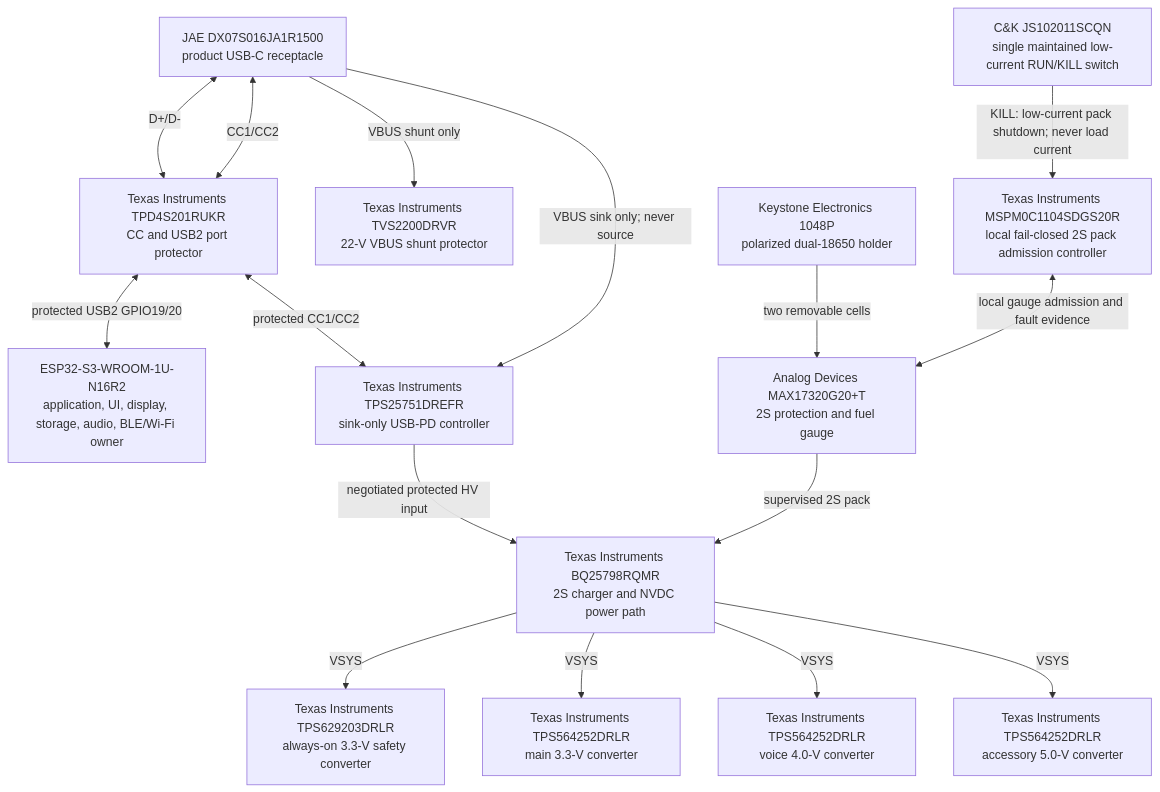
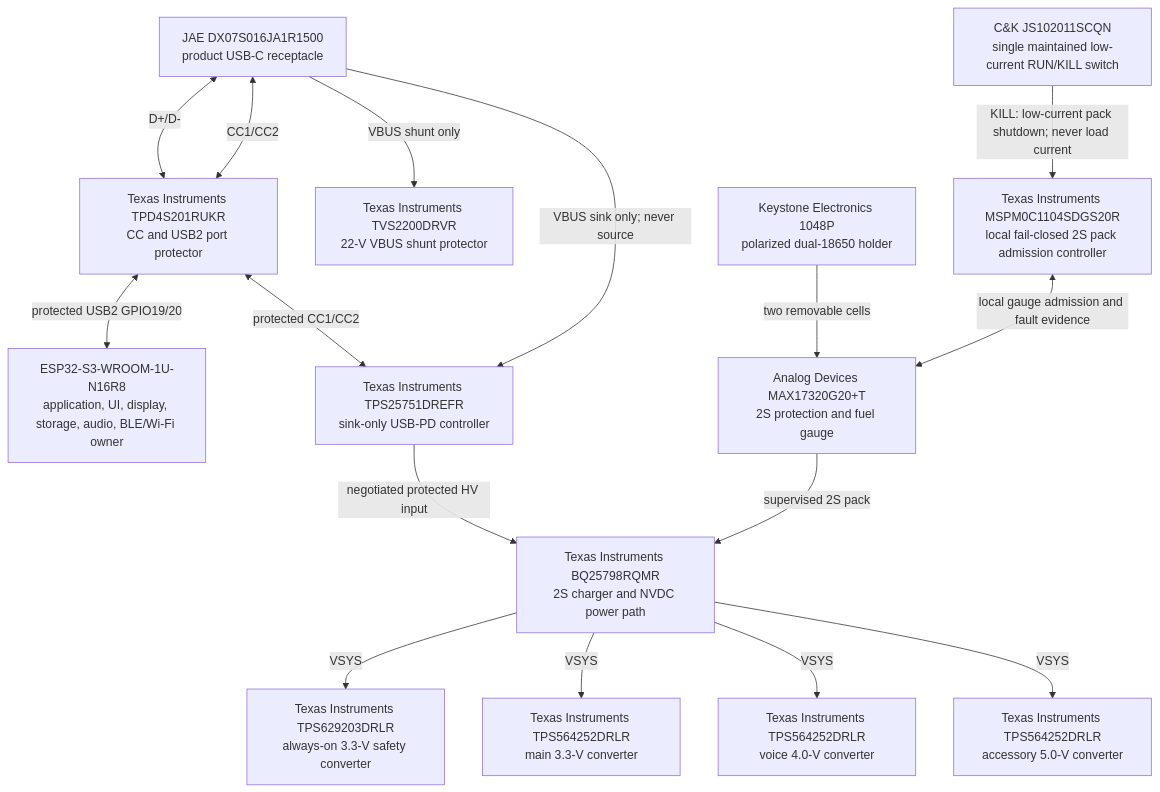
Before and after one commit to anton-vinogradov/esp32-leshy2: the ninth of 10 diagrams in README.md, drawn with Mermaid. The commit also changed other lines of this file and 23 other files, not shown here.

````diff
--- a/README.md
+++ b/README.md
@@ -281,29 +288,29 @@
 ```mermaid
 flowchart TD
 PRODUCT_USB_CONNECTOR["JAE DX07S016JA1R1500<br/>product USB-C receptacle"]
 PRODUCT_USB_PROTECTOR["Texas Instruments TPD4S201RUKR<br/>CC and USB2 port protector"]
-S3["ESP32-S3-WROOM-1U-N16R2<br/>application, UI, display, storage, audio, BLE/Wi-Fi owner"]
+S3["ESP32-S3-WROOM-1U-N16R8<br/>application, UI, display, storage, audio, BLE/Wi-Fi owner"]
 PD_VBUS_TVS["Texas Instruments TVS2200DRVR<br/>22-V VBUS shunt protector"]
 PD_CONTROLLER["Texas Instruments TPS25751DREFR<br/>sink-only USB-PD controller"]
 NVDC_CHARGER["Texas Instruments BQ25798RQMR<br/>2S charger and NVDC power path"]
 PACK_HOLDER["Keystone Electronics 1048P<br/>polarized dual-18650 holder"]
 PACK_GAUGE["Analog Devices MAX17320G20+T<br/>2S protection and fuel gauge"]
 PACK_ADMISSION["Texas Instruments MSPM0C1104SDGS20R<br/>local fail-closed 2S pack admission controller"]
 POWER_COMMAND_SWITCH["C&K JS102011SCQN<br/>single maintained low-current RUN/KILL switch"]
 AON_BUCK["Texas Instruments TPS629203DRLR<br/>always-on 3.3-V safety converter"]
 MAIN_BUCK["Texas Instruments TPS564252DRLR<br/>main 3.3-V converter"]
 VOICE_BUCK["Texas Instruments TPS564252DRLR<br/>voice 4.0-V converter"]
 EXT_BUCK["Texas Instruments TPS564252DRLR<br/>accessory 5.0-V converter"]
   PRODUCT_USB_CONNECTOR <-->|"D+/D-"| PRODUCT_USB_PROTECTOR <-->|"protected USB2 GPIO19/20"| S3
   PRODUCT_USB_CONNECTOR <-->|"CC1/CC2"| PRODUCT_USB_PROTECTOR <-->|"protected CC1/CC2"| PD_CONTROLLER
   PRODUCT_USB_CONNECTOR -->|"VBUS sink only; never source"| PD_CONTROLLER
   PRODUCT_USB_CONNECTOR -->|"VBUS shunt only"| PD_VBUS_TVS
   PD_CONTROLLER -->|"negotiated protected HV input"| NVDC_CHARGER
   PACK_HOLDER -->|"two removable cells"| PACK_GAUGE -->|"supervised 2S pack"| NVDC_CHARGER
   POWER_COMMAND_SWITCH -->|"KILL: low-current pack shutdown; never load current"| PACK_ADMISSION
   PACK_ADMISSION <-->|"local gauge admission and fault evidence"| PACK_GAUGE
   NVDC_CHARGER -->|"VSYS"| AON_BUCK
   NVDC_CHARGER -->|"VSYS"| MAIN_BUCK
   NVDC_CHARGER -->|"VSYS"| VOICE_BUCK
   NVDC_CHARGER -->|"VSYS"| EXT_BUCK
 ```
````
